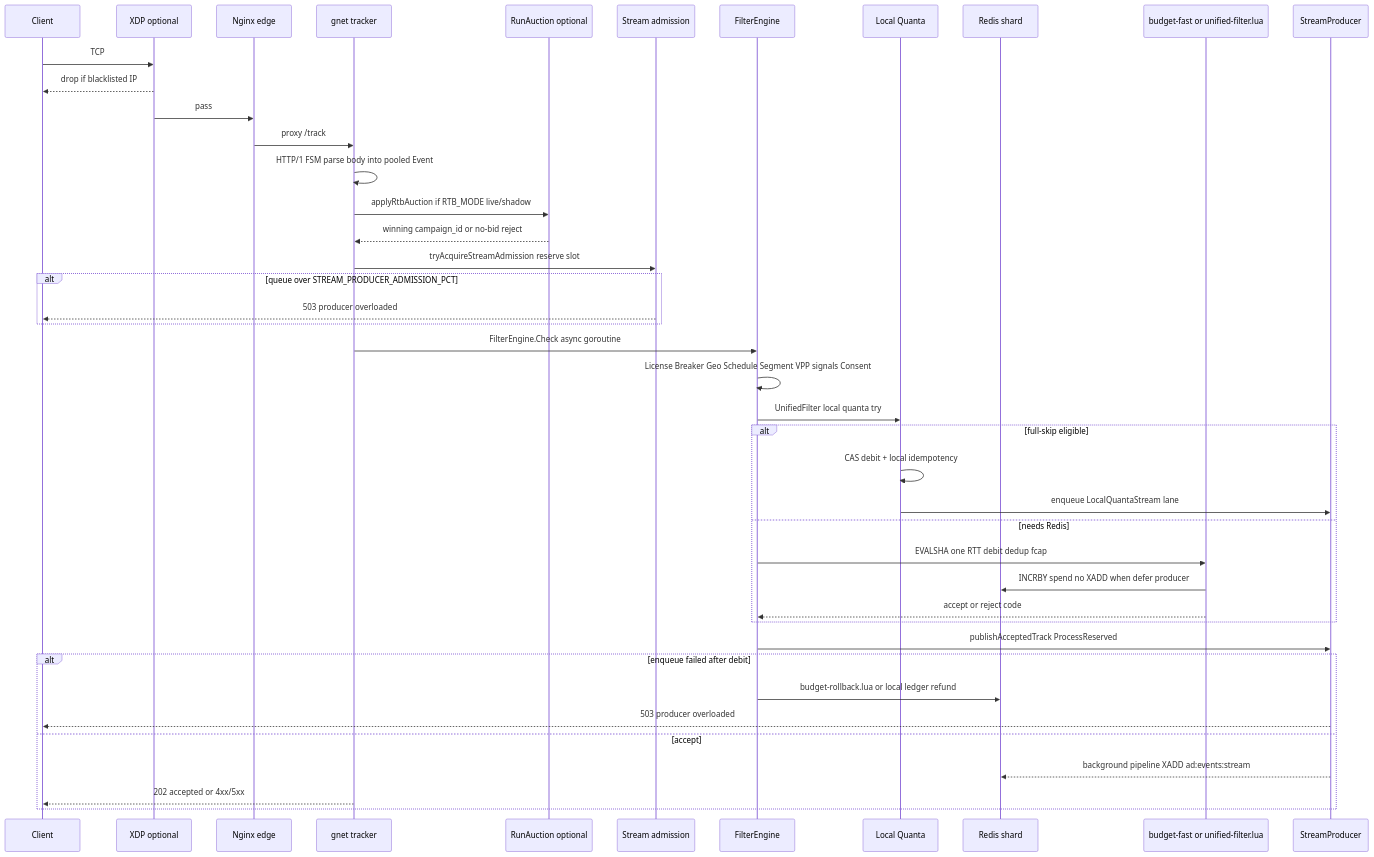
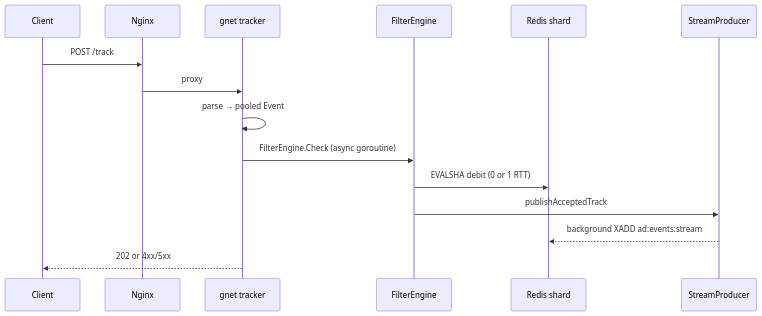
Before and after one commit to mykhailov-ua/ad-event-processor: the second of 2 diagrams in docs/ARCHITECTURE.md, drawn with Mermaid. The commit also changed other lines of this file and 18 other files, not shown here.

Commit message:
Restructure docs routing, index, and architecture guides.

````diff
--- a/docs/ARCHITECTURE.md
+++ b/docs/ARCHITECTURE.md
@@ -134,45 +104,18 @@
 ```mermaid
 sequenceDiagram
     participant Client
-    participant XDP as XDP optional
-    participant NGX as Nginx edge
+    participant NGX as Nginx
     participant GNET as gnet tracker
-    participant RTB as RunAuction optional
-    participant ADM as Stream admission
     participant FE as FilterEngine
-    participant LQ as Local Quanta
     participant Redis as Redis shard
-    participant Lua as budget-fast or unified-filter.lua
     participant SP as StreamProducer
 
-    Client->>XDP: TCP
-    XDP-->>Client: drop if blacklisted IP
-    XDP->>NGX: pass
-    NGX->>GNET: proxy /track
-    GNET->>GNET: HTTP/1 FSM parse body into pooled Event
-    GNET->>RTB: applyRtbAuction if RTB_MODE live/shadow
-    RTB-->>GNET: winning campaign_id or no-bid reject
-    GNET->>ADM: tryAcquireStreamAdmission reserve slot
-    alt queue over STREAM_PRODUCER_ADMISSION_PCT
-        ADM-->>Client: 503 producer overloaded
-    end
-    GNET->>FE: FilterEngine.Check async goroutine
-    FE->>FE: License Breaker Geo Schedule Segment VPP signals Consent
-    FE->>LQ: UnifiedFilter local quanta try
-    alt full-skip eligible
-        LQ->>LQ: CAS debit + local idempotency
-        LQ->>SP: enqueue LocalQuantaStream lane
-    else needs Redis
-        FE->>Lua: EVALSHA one RTT debit dedup fcap
-        Lua->>Redis: INCRBY spend no XADD when defer producer
-        Lua-->>FE: accept or reject code
-    end
-    FE->>SP: publishAcceptedTrack ProcessReserved
-    alt enqueue failed after debit
-        FE->>Redis: budget-rollback.lua or local ledger refund
-        SP-->>Client: 503 producer overloaded
-    else accept
-        SP-->>Redis: background pipeline XADD ad:events:stream
-        GNET-->>Client: 202 accepted or 4xx/5xx
-    end
+    Client->>NGX: POST /track
+    NGX->>GNET: proxy
+    GNET->>GNET: parse → pooled Event
+    GNET->>FE: FilterEngine.Check (async goroutine)
+    FE->>Redis: EVALSHA debit (0 or 1 RTT)
+    FE->>SP: publishAcceptedTrack
+    SP-->>Redis: background XADD ad:events:stream
+    GNET-->>Client: 202 or 4xx/5xx
 ```
````
